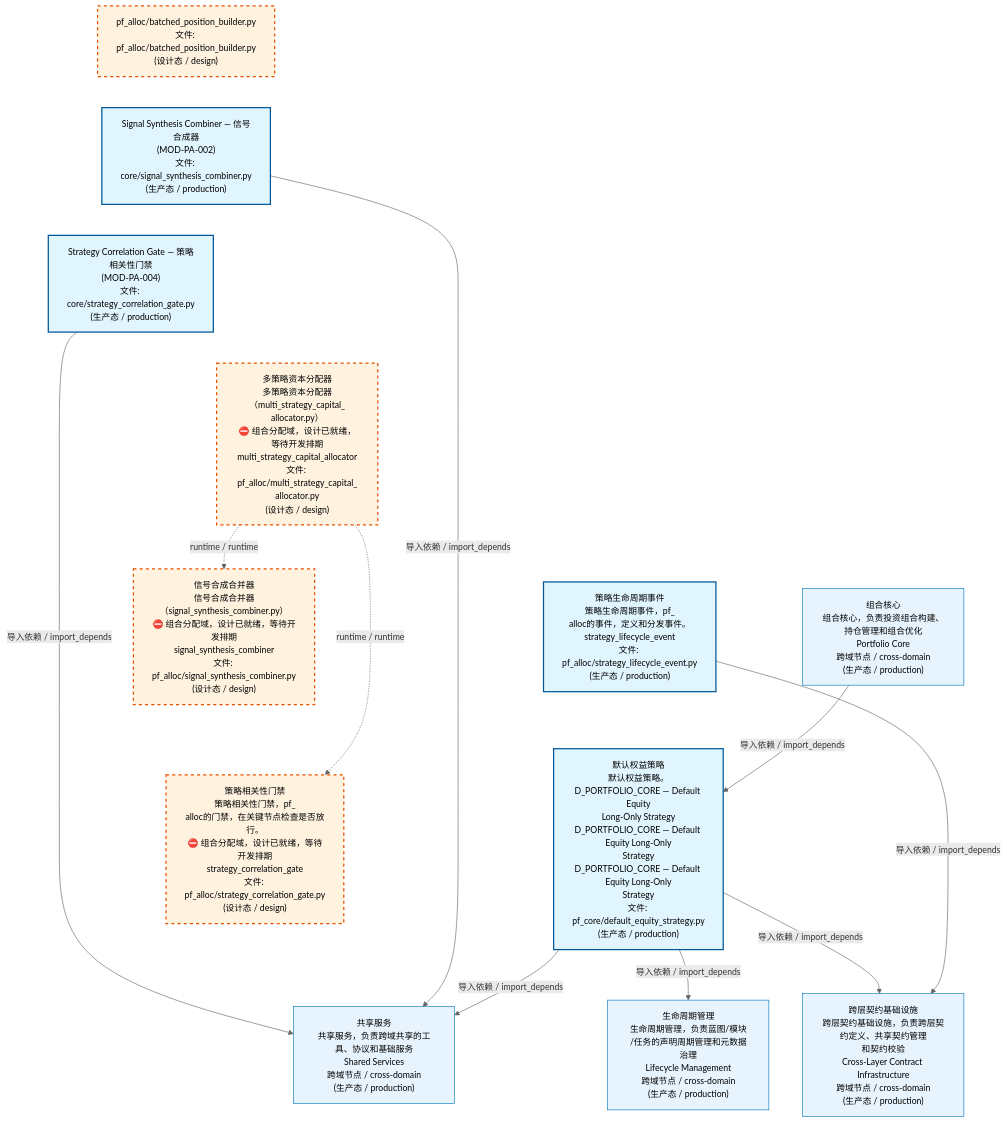
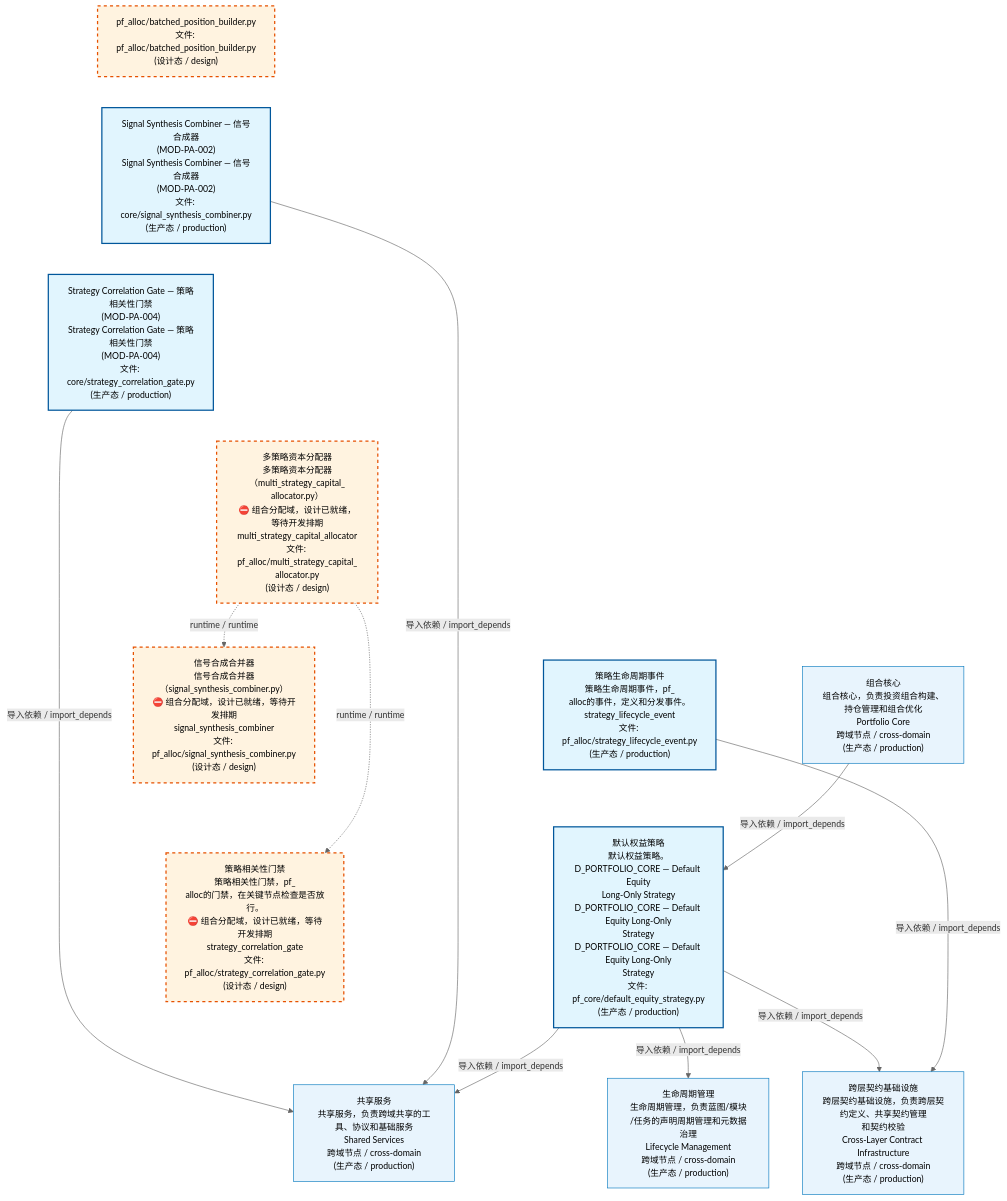
Before and after one commit to xuanFelixVan/ZephyrAlpha: the first of 4 diagrams in docs/02_enterprise_architecture/02_domain_architecture_docs/62_d_pf_alloc.md, drawn with Mermaid. The commit also changed other lines of this file and 12 other files, not shown here.

````diff
--- a/docs/02_enterprise_architecture/02_domain_architecture_docs/62_d_pf_alloc.md
+++ b/docs/02_enterprise_architecture/02_domain_architecture_docs/62_d_pf_alloc.md
@@ -53,38 +53,38 @@
 ```mermaid
 %%{init: {'theme': 'base', 'themeVariables': {'primaryColor': '#eaeaea', 'primaryTextColor': '#333333', 'primaryBorderColor': '#666666', 'lineColor': '#666666', 'secondaryColor': '#eaeaea', 'tertiaryColor': '#eaeaea', 'fontSize': '14px'}}}%%
 flowchart TD
     src_zephyr_pf_alloc_batched_position_builder_py["pf_alloc/batched_position_builder.py<br/>文件: pf_alloc/batched_position_builder.py<br/>(设计态 / design)"]
-    src_zephyr_pf_alloc_core_signal_synthesis_combiner_py["Signal Synthesis Combiner — 信号合成器<br/>(MOD-PA-002)<br/>文件: core/signal_synthesis_combiner.py<br/>(生产态 / production)"]
-    src_zephyr_pf_alloc_core_strategy_correlation_gate_py["Strategy Correlation Gate — 策略相关性门禁<br/>(MOD-PA-004)<br/>文件: core/strategy_correlation_gate.py<br/>(生产态 / production)"]
+    src_zephyr_pf_alloc_core_signal_synthesis_combiner_py["Signal Synthesis Combiner — 信号合成器<br/>(MOD-PA-002)<br/>Signal Synthesis Combiner — 信号合成器<br/>(MOD-PA-002)<br/>文件: core/signal_synthesis_combiner.py<br/>(生产态 / production)"]
+    src_zephyr_pf_alloc_core_strategy_correlation_gate_py["Strategy Correlation Gate — 策略相关性门禁<br/>(MOD-PA-004)<br/>Strategy Correlation Gate — 策略相关性门禁<br/>(MOD-PA-004)<br/>文件: core/strategy_correlation_gate.py<br/>(生产态 / production)"]
     src_zephyr_pf_alloc_multi_strategy_capital_allocator_py["多策略资本分配器<br/>多策略资本分配器（multi_strategy_capital_<br/>allocator.py）<br/>⛔ 组合分配域，设计已就绪，等待开发排期<br/>multi_strategy_capital_allocator<br/>文件: pf_alloc/multi_strategy_capital_<br/>allocator.py<br/>(设计态 / design)"]
     src_zephyr_pf_alloc_strategy_lifecycle_event_py["策略生命周期事件<br/>策略生命周期事件，pf_<br/>alloc的事件，定义和分发事件。<br/>strategy_lifecycle_event<br/>文件: pf_alloc/strategy_lifecycle_event.py<br/>(生产态 / production)"]
     src_zephyr_pf_core_default_equity_strategy_py["默认权益策略<br/>默认权益策略。D_PORTFOLIO_CORE — Default Equity<br/>Long-Only Strategy<br/>D_PORTFOLIO_CORE — Default Equity Long-Only<br/>Strategy<br/>D_PORTFOLIO_CORE — Default Equity Long-Only<br/>Strategy<br/>文件: pf_core/default_equity_strategy.py<br/>(生产态 / production)"]
     src_zephyr_pf_alloc_batched_position_builder_py ~~~ src_zephyr_pf_alloc_core_signal_synthesis_combiner_py
     src_zephyr_pf_alloc_core_signal_synthesis_combiner_py ~~~ src_zephyr_pf_alloc_core_strategy_correlation_gate_py
     src_zephyr_pf_alloc_core_strategy_correlation_gate_py ~~~ src_zephyr_pf_alloc_multi_strategy_capital_allocator_py
     src_zephyr_pf_alloc_multi_strategy_capital_allocator_py ~~~ src_zephyr_pf_alloc_strategy_lifecycle_event_py
     src_zephyr_pf_alloc_strategy_lifecycle_event_py ~~~ src_zephyr_pf_core_default_equity_strategy_py
     src_zephyr_pf_alloc_signal_synthesis_combiner_py["信号合成合并器<br/>信号合成合并器（signal_synthesis_combiner.py）<br/>⛔ 组合分配域，设计已就绪，等待开发排期<br/>signal_synthesis_combiner<br/>文件: pf_alloc/signal_synthesis_combiner.py<br/>(设计态 / design)"]
     src_zephyr_pf_alloc_strategy_correlation_gate_py["策略相关性门禁<br/>策略相关性门禁，pf_<br/>alloc的门禁，在关键节点检查是否放行。<br/>⛔ 组合分配域，设计已就绪，等待开发排期<br/>strategy_correlation_gate<br/>文件: pf_alloc/strategy_correlation_gate.py<br/>(设计态 / design)"]
     src_zephyr_pf_alloc_signal_synthesis_combiner_py ~~~ src_zephyr_pf_alloc_strategy_correlation_gate_py
     src_zephyr_pf_alloc_multi_strategy_capital_allocator_py -.->|runtime / runtime| src_zephyr_pf_alloc_signal_synthesis_combiner_py
     src_zephyr_pf_alloc_multi_strategy_capital_allocator_py -.->|runtime / runtime| src_zephyr_pf_alloc_strategy_correlation_gate_py
     D_SHARED["共享服务<br/>共享服务，负责跨域共享的工具、协议和基础服务<br/>Shared Services<br/>跨域节点 / cross-domain<br/>(生产态 / production)"]
     src_zephyr_pf_alloc_core_strategy_correlation_gate_py -->|导入依赖 / import_depends| D_SHARED
     src_zephyr_pf_alloc_core_signal_synthesis_combiner_py -->|导入依赖 / import_depends| D_SHARED
     D_INFRASTRUCTURE["跨层契约基础设施<br/>跨层契约基础设施，负责跨层契约定义、共享契约管理<br/>和契约校验<br/>Cross-Layer Contract Infrastructure<br/>跨域节点 / cross-domain<br/>(生产态 / production)"]
     src_zephyr_pf_core_default_equity_strategy_py -->|导入依赖 / import_depends| D_INFRASTRUCTURE
     src_zephyr_pf_alloc_strategy_lifecycle_event_py -->|导入依赖 / import_depends| D_INFRASTRUCTURE
     src_zephyr_pf_core_default_equity_strategy_py -->|导入依赖 / import_depends| D_SHARED
     D_GOVERNANCE["生命周期管理<br/>生命周期管理，负责蓝图/模块<br/>/任务的声明周期管理和元数据治理<br/>Lifecycle Management<br/>跨域节点 / cross-domain<br/>(生产态 / production)"]
     src_zephyr_pf_core_default_equity_strategy_py -->|导入依赖 / import_depends| D_GOVERNANCE
     D_PF_CORE["组合核心<br/>组合核心，负责投资组合构建、持仓管理和组合优化<br/>Portfolio Core<br/>跨域节点 / cross-domain<br/>(生产态 / production)"]
     D_PF_CORE -->|导入依赖 / import_depends| src_zephyr_pf_core_default_equity_strategy_py
     classDef production fill:#e1f5fe,stroke:#01579b,stroke-width:2px,color:#000
     classDef design fill:#fff3e0,stroke:#e65100,stroke-width:2px,color:#000,stroke-dasharray: 5 5
     classDef external_prod fill:#e8f4fd,stroke:#0277bd,stroke-width:1px,color:#000
     classDef external_design fill:#fff8e7,stroke:#ef6c00,stroke-width:1px,color:#000,stroke-dasharray: 5 5
     class src_zephyr_pf_alloc_core_signal_synthesis_combiner_py,src_zephyr_pf_alloc_core_strategy_correlation_gate_py,src_zephyr_pf_alloc_strategy_lifecycle_event_py,src_zephyr_pf_core_default_equity_strategy_py production
     class src_zephyr_pf_alloc_batched_position_builder_py,src_zephyr_pf_alloc_multi_strategy_capital_allocator_py,src_zephyr_pf_alloc_signal_synthesis_combiner_py,src_zephyr_pf_alloc_strategy_correlation_gate_py design
     class D_SHARED,D_INFRASTRUCTURE,D_GOVERNANCE,D_PF_CORE external_prod
 ```
````
